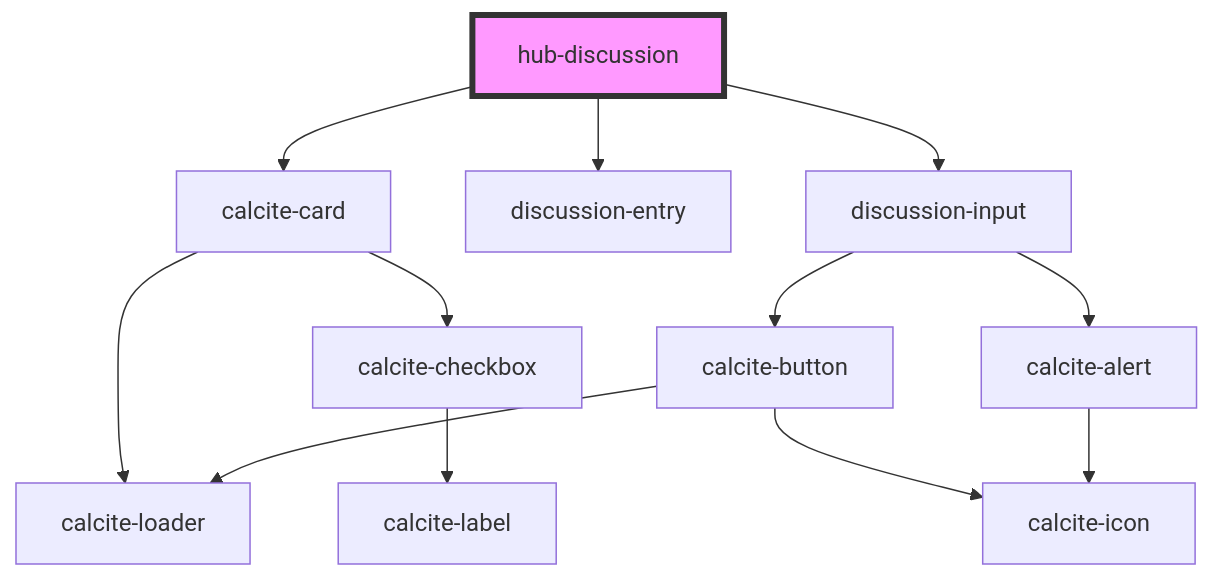
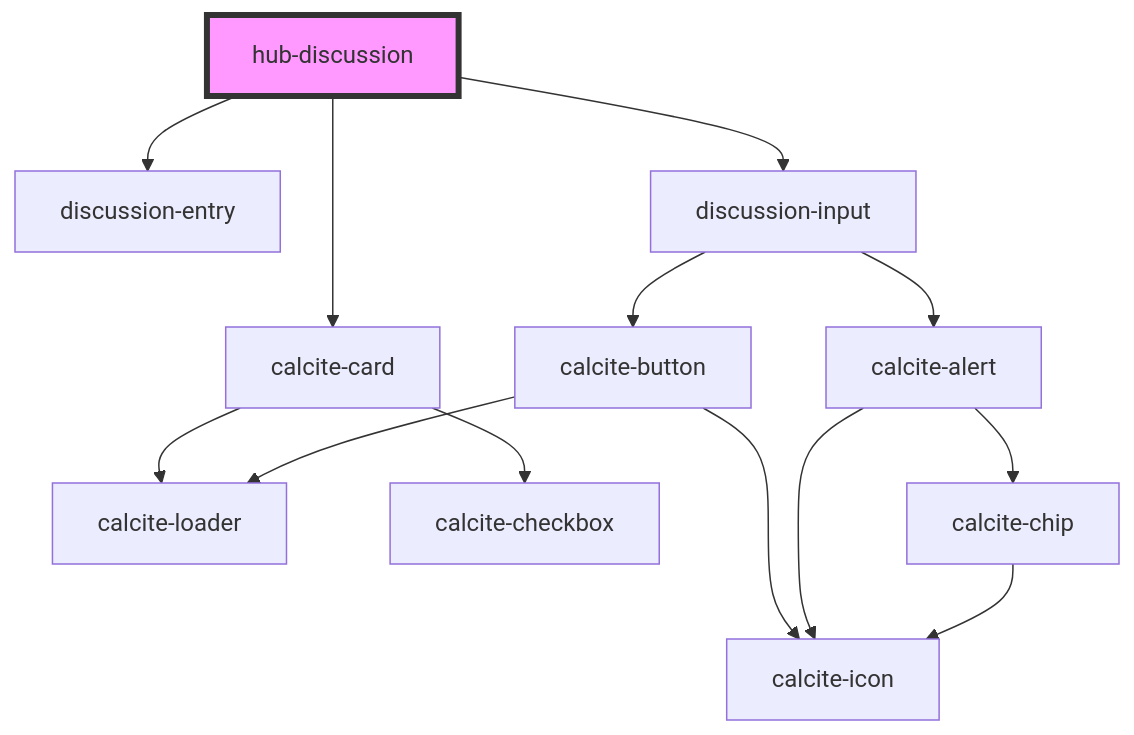
The diagram in src/components/containers/hub-discussion/readme.md (esridc/hub-components-experiments), drawn with Mermaid before and after one commit. The commit also changed 21 other files, not shown here.

````diff
--- a/src/components/containers/hub-discussion/readme.md
+++ b/src/components/containers/hub-discussion/readme.md
@@ -45,15 +45,16 @@
 ```mermaid
 graph TD;
   hub-discussion --> calcite-card
   hub-discussion --> discussion-entry
   hub-discussion --> discussion-input
   calcite-card --> calcite-loader
   calcite-card --> calcite-checkbox
-  calcite-checkbox --> calcite-label
   discussion-input --> calcite-button
   discussion-input --> calcite-alert
   calcite-button --> calcite-loader
   calcite-button --> calcite-icon
   calcite-alert --> calcite-icon
+  calcite-alert --> calcite-chip
+  calcite-chip --> calcite-icon
   style hub-discussion fill:#f9f,stroke:#333,stroke-width:4px
 ```
````
